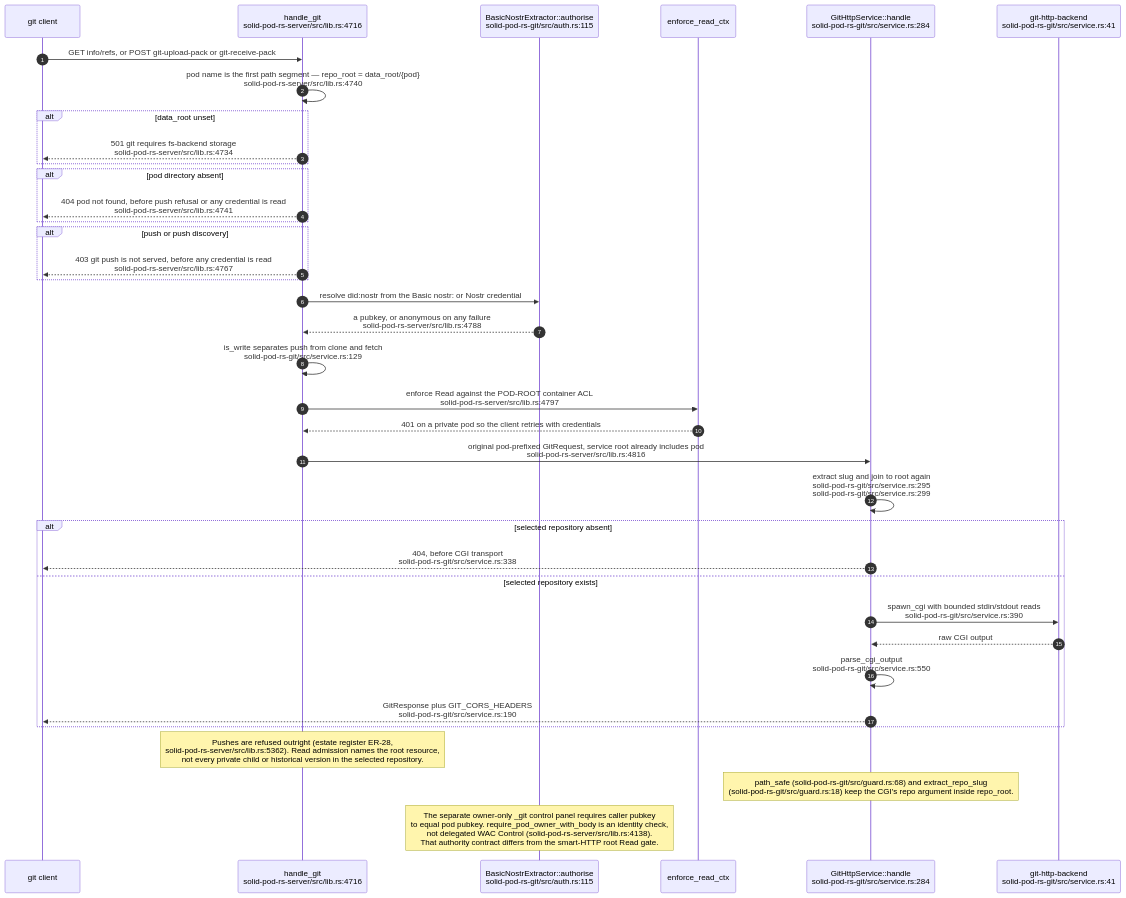
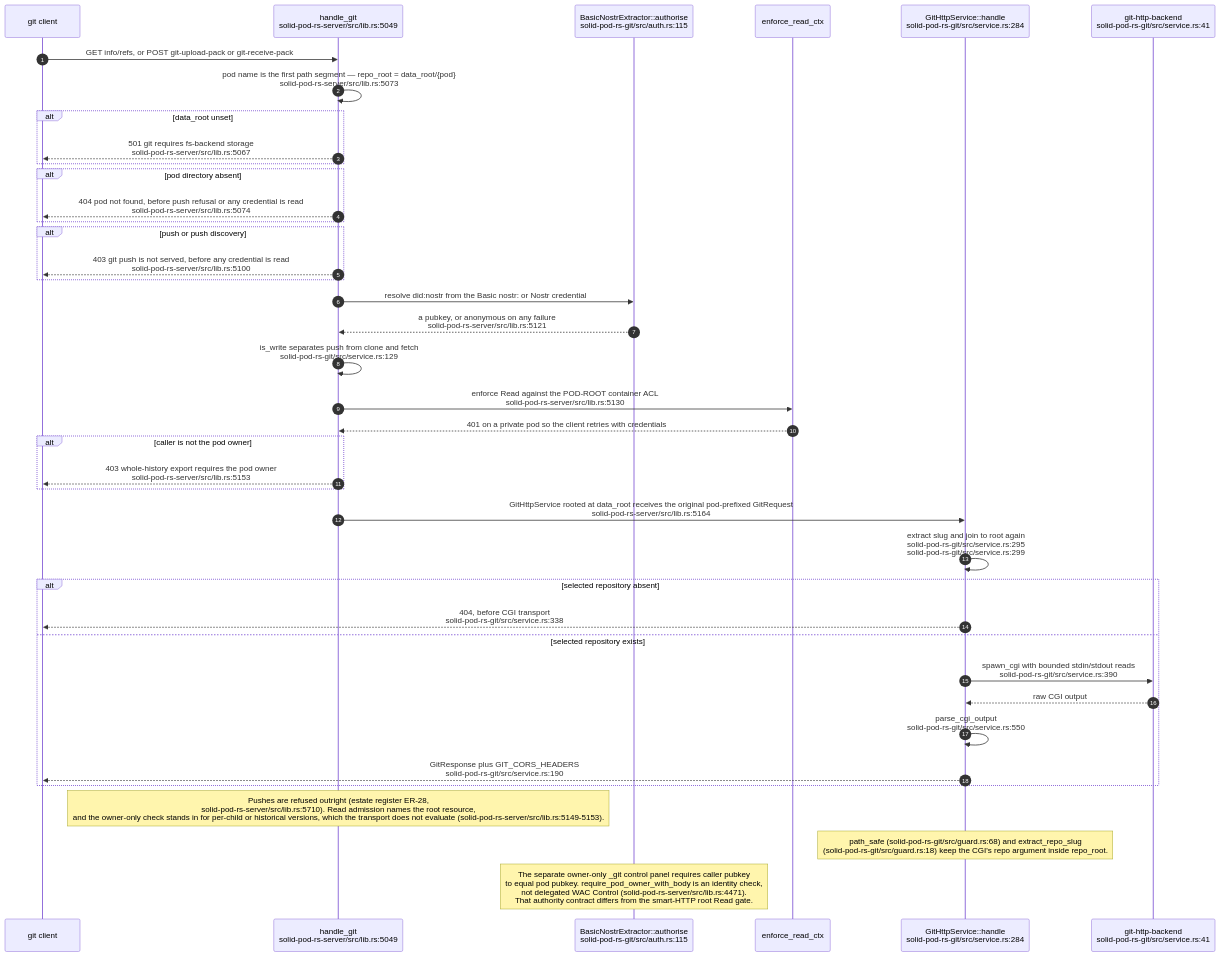
Diagram 11 of 11 in docs/diagrams/solid-pod-rs/06-storage-quota-and-git-pods.md (DreamLab-AI/VisionFlow), drawn with Mermaid before and after one commit. The commit also changed other lines of this file and 59 other files, not shown here.

First line of the commit message:
docs(diagrams): re-derive and re-stamp forum, website, pod, ontomark and sealmap topics

````diff
--- a/docs/diagrams/solid-pod-rs/06-storage-quota-and-git-pods.md
+++ b/docs/diagrams/solid-pod-rs/06-storage-quota-and-git-pods.md
@@ -354,41 +357,44 @@
 ```mermaid
 sequenceDiagram
     autonumber
     participant C as git client
-    participant H as handle_git<br/>solid-pod-rs-server/src/lib.rs:4716
+    participant H as handle_git<br/>solid-pod-rs-server/src/lib.rs:5049
     participant A as BasicNostrExtractor::authorise<br/>solid-pod-rs-git/src/auth.rs:115
     participant W as enforce_read_ctx
     participant S as GitHttpService::handle<br/>solid-pod-rs-git/src/service.rs:284
     participant CGI as git-http-backend<br/>solid-pod-rs-git/src/service.rs:41
 
     C->>H: GET info/refs, or POST git-upload-pack or git-receive-pack
-    H->>H: pod name is the first path segment — repo_root = data_root/{pod}<br/>solid-pod-rs-server/src/lib.rs:4740
+    H->>H: pod name is the first path segment — repo_root = data_root/{pod}<br/>solid-pod-rs-server/src/lib.rs:5073
     alt data_root unset
-        H-->>C: 501 git requires fs-backend storage<br/>solid-pod-rs-server/src/lib.rs:4734
+        H-->>C: 501 git requires fs-backend storage<br/>solid-pod-rs-server/src/lib.rs:5067
     end
     alt pod directory absent
-        H-->>C: 404 pod not found, before push refusal or any credential is read<br/>solid-pod-rs-server/src/lib.rs:4741
+        H-->>C: 404 pod not found, before push refusal or any credential is read<br/>solid-pod-rs-server/src/lib.rs:5074
     end
     alt push or push discovery
-        H-->>C: 403 git push is not served, before any credential is read<br/>solid-pod-rs-server/src/lib.rs:4767
+        H-->>C: 403 git push is not served, before any credential is read<br/>solid-pod-rs-server/src/lib.rs:5100
     end
     H->>A: resolve did:nostr from the Basic nostr: or Nostr credential
-    A-->>H: a pubkey, or anonymous on any failure<br/>solid-pod-rs-server/src/lib.rs:4788
+    A-->>H: a pubkey, or anonymous on any failure<br/>solid-pod-rs-server/src/lib.rs:5121
     H->>H: is_write separates push from clone and fetch<br/>solid-pod-rs-git/src/service.rs:129
-    H->>W: enforce Read against the POD-ROOT container ACL<br/>solid-pod-rs-server/src/lib.rs:4797
+    H->>W: enforce Read against the POD-ROOT container ACL<br/>solid-pod-rs-server/src/lib.rs:5130
     W-->>H: 401 on a private pod so the client retries with credentials
-    H->>S: original pod-prefixed GitRequest, service root already includes pod<br/>solid-pod-rs-server/src/lib.rs:4816
+    alt caller is not the pod owner
+        H-->>C: 403 whole-history export requires the pod owner<br/>solid-pod-rs-server/src/lib.rs:5153
+    end
+    H->>S: GitHttpService rooted at data_root receives the original pod-prefixed GitRequest<br/>solid-pod-rs-server/src/lib.rs:5164
     S->>S: extract slug and join to root again<br/>solid-pod-rs-git/src/service.rs:295<br/>solid-pod-rs-git/src/service.rs:299
     alt selected repository absent
         S-->>C: 404, before CGI transport<br/>solid-pod-rs-git/src/service.rs:338
     else selected repository exists
         S->>CGI: spawn_cgi with bounded stdin/stdout reads<br/>solid-pod-rs-git/src/service.rs:390
         CGI-->>S: raw CGI output
         S->>S: parse_cgi_output<br/>solid-pod-rs-git/src/service.rs:550
         S-->>C: GitResponse plus GIT_CORS_HEADERS<br/>solid-pod-rs-git/src/service.rs:190
     end
 
-    Note over H: Pushes are refused outright (estate register ER-28,<br/>solid-pod-rs-server/src/lib.rs:5362). Read admission names the root resource,<br/>not every private child or historical version in the selected repository.
+    Note over H: Pushes are refused outright (estate register ER-28,<br/>solid-pod-rs-server/src/lib.rs:5710). Read admission names the root resource,<br/>and the owner-only check stands in for per-child or historical versions, which the transport does not evaluate (solid-pod-rs-server/src/lib.rs:5149-5153).
     Note over S: path_safe (solid-pod-rs-git/src/guard.rs:68) and extract_repo_slug<br/>(solid-pod-rs-git/src/guard.rs:18) keep the CGI's repo argument inside repo_root.
-    Note over A: The separate owner-only _git control panel requires caller pubkey<br/>to equal pod pubkey. require_pod_owner_with_body is an identity check,<br/>not delegated WAC Control (solid-pod-rs-server/src/lib.rs:4138).<br/>That authority contract differs from the smart-HTTP root Read gate.
+    Note over A: The separate owner-only _git control panel requires caller pubkey<br/>to equal pod pubkey. require_pod_owner_with_body is an identity check,<br/>not delegated WAC Control (solid-pod-rs-server/src/lib.rs:4471).<br/>That authority contract differs from the smart-HTTP root Read gate.
 ```
````
